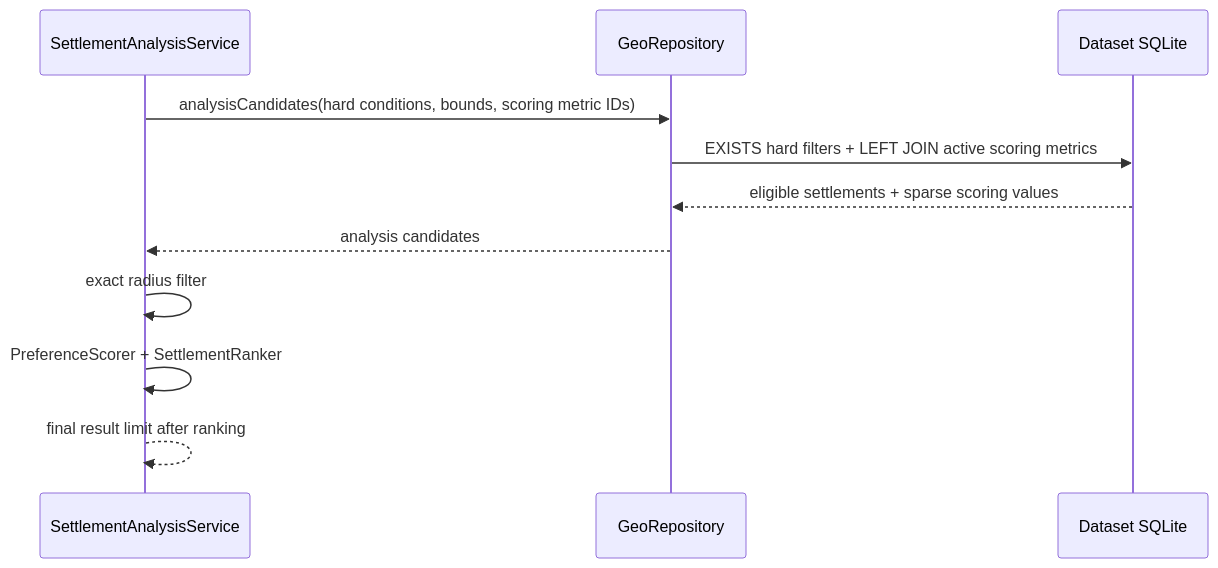
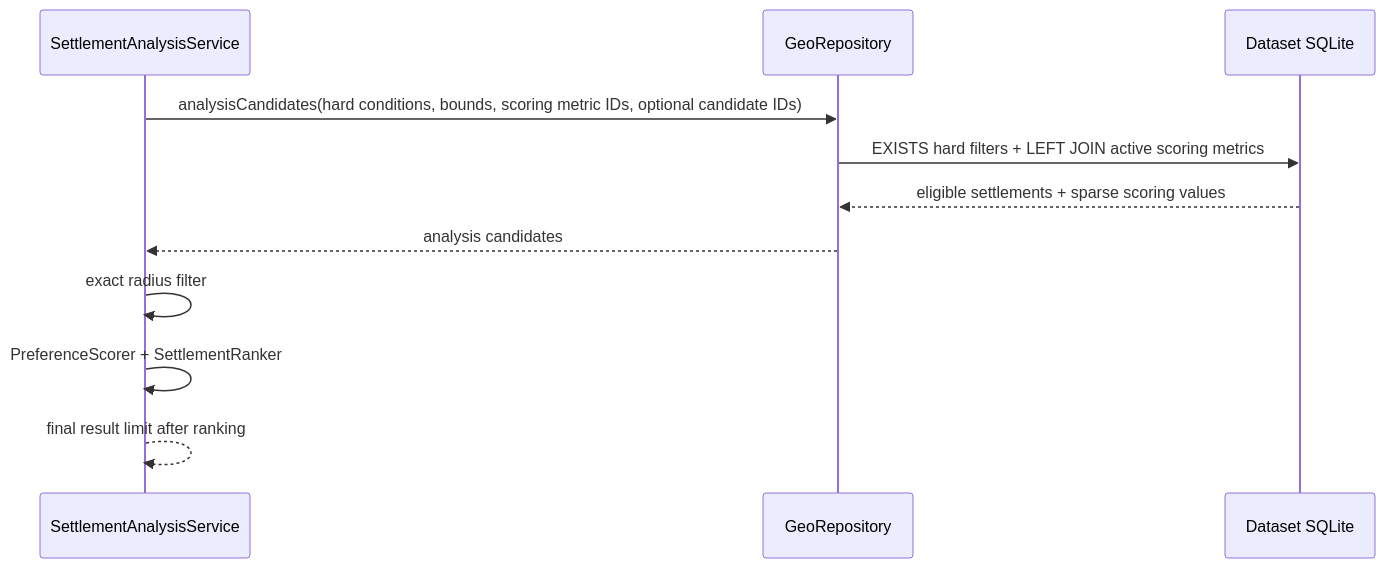
One commit to folk21/osmapdigger changed the second of 2 diagrams in mobile/IMPLEMENTATION.md. Above: the diagram before and after it, drawn with Mermaid. The commit also changed other lines of this file and 60 other files, not shown here.

````diff
--- a/mobile/IMPLEMENTATION.md
+++ b/mobile/IMPLEMENTATION.md
@@ -110,14 +114,14 @@
 ```mermaid
 sequenceDiagram
     participant A as SettlementAnalysisService
     participant R as GeoRepository
     participant DB as Dataset SQLite
 
-    A->>R: analysisCandidates(hard conditions, bounds, scoring metric IDs)
+    A->>R: analysisCandidates(hard conditions, bounds, scoring metric IDs, optional candidate IDs)
     R->>DB: EXISTS hard filters + LEFT JOIN active scoring metrics
     DB-->>R: eligible settlements + sparse scoring values
     R-->>A: analysis candidates
     A->>A: exact radius filter
     A->>A: PreferenceScorer + SettlementRanker
     A-->>A: final result limit after ranking
 ```
````
